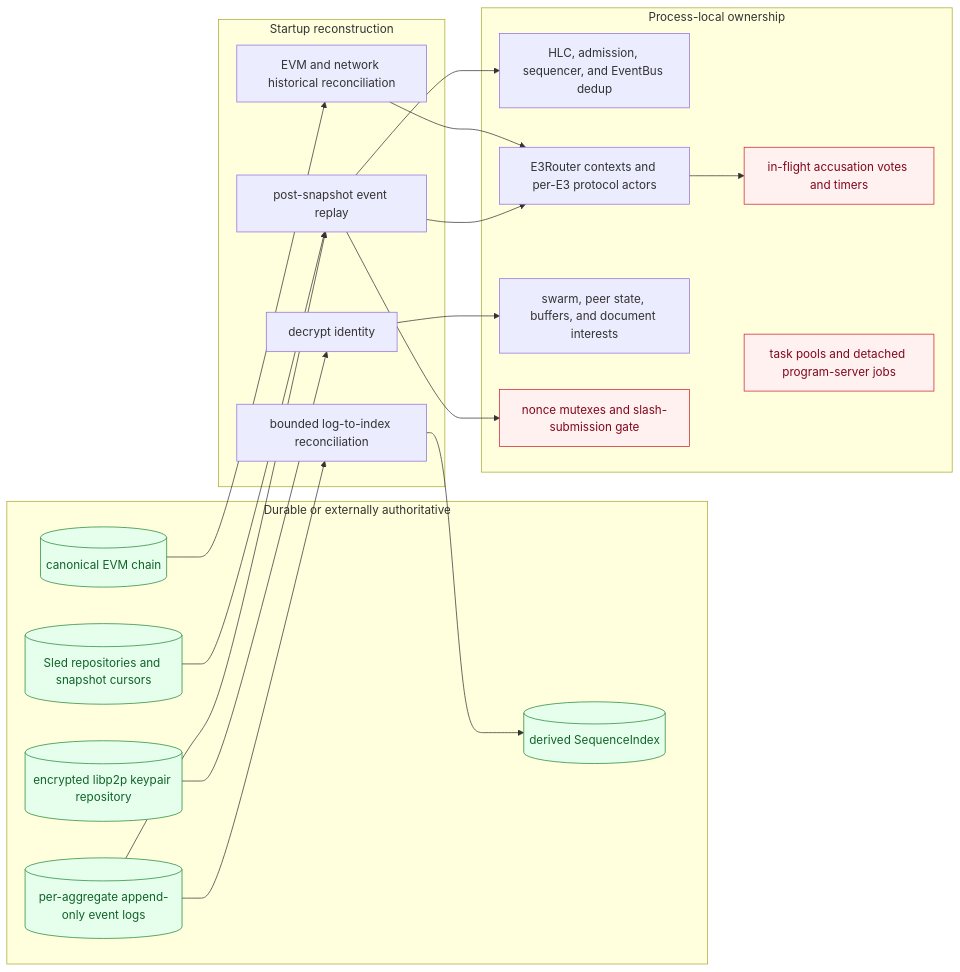
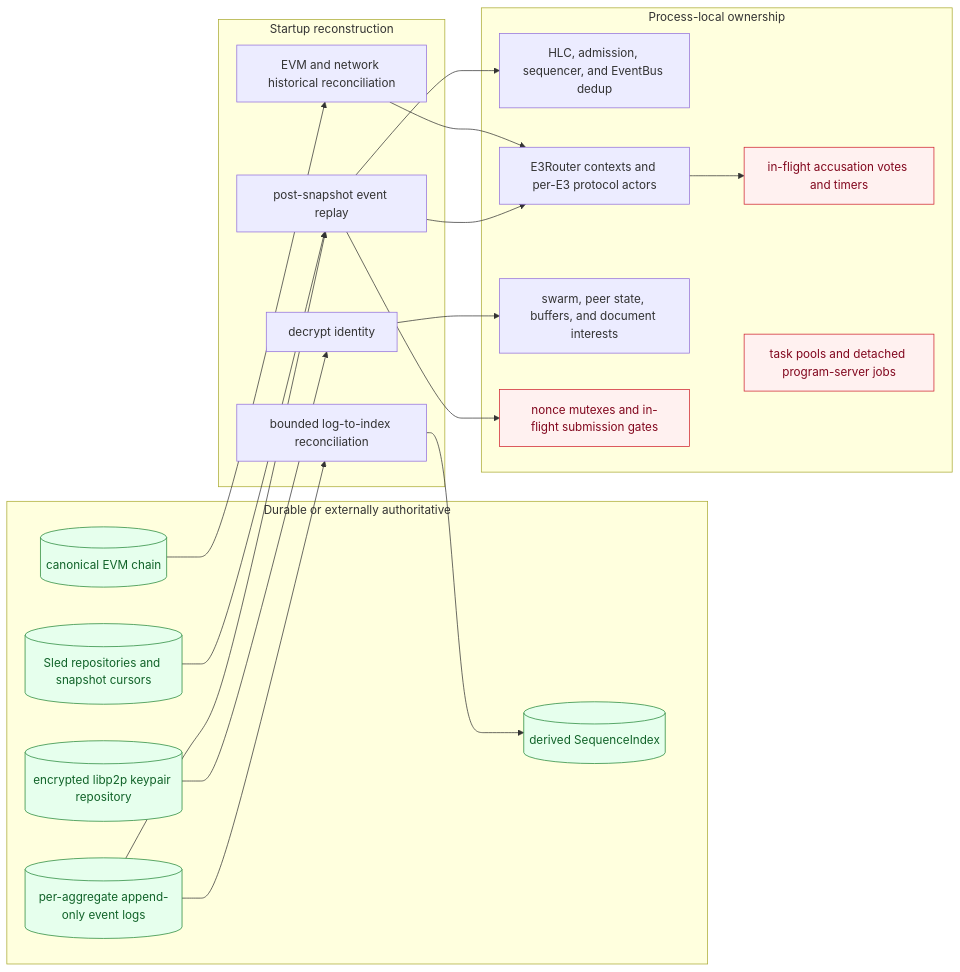
One commit to auryn-macmillan/enclave changed diagram 11 of 15 in agent/CRATES_ARCHITECTURE.md. Above: the diagram before and after it, drawn with Mermaid. The commit also changed other lines of this file and 59 other files, not shown here.

````diff
--- a/agent/CRATES_ARCHITECTURE.md
+++ b/agent/CRATES_ARCHITECTURE.md
@@ -682,41 +715,41 @@
 ```mermaid
 flowchart LR
     subgraph Durable[Durable or externally authoritative]
         Chain[(canonical EVM chain)]
         Logs[(per-aggregate append-only event logs)]
         Sled[(Sled repositories and snapshot cursors)]
         Index[(derived SequenceIndex)]
         Identity[(encrypted libp2p keypair repository)]
     end
 
     subgraph Recovery[Startup reconstruction]
         Reconcile[bounded log-to-index reconciliation]
         Replay[post-snapshot event replay]
         History[EVM and network historical reconciliation]
         Unlock[decrypt identity]
     end
 
     subgraph Memory[Process-local ownership]
         Pipeline[HLC, admission, sequencer, and EventBus dedup]
         Contexts[E3Router contexts and per-E3 protocol actors]
         Network[swarm, peer state, buffers, and document interests]
-        Effects[nonce mutexes and slash-submission gate]
+        Effects[nonce mutexes and in-flight submission gates]
         Accusations[in-flight accusation votes and timers]
         Jobs[task pools and detached program-server jobs]
     end
 
     Logs --> Reconcile --> Index
     Logs --> Replay
     Sled --> Replay
     Replay --> Pipeline
     Replay --> Contexts
     Replay --> Effects
     Chain --> History --> Contexts
     Identity --> Unlock --> Network
     Contexts --> Accusations
 
     classDef durable fill:#e6ffed,stroke:#238636,color:#116329
     classDef ephemeral fill:#fff1f0,stroke:#cf222e,color:#82071e
     class Chain,Logs,Sled,Index,Identity durable
     class Effects,Accusations,Jobs ephemeral
 ```
````
